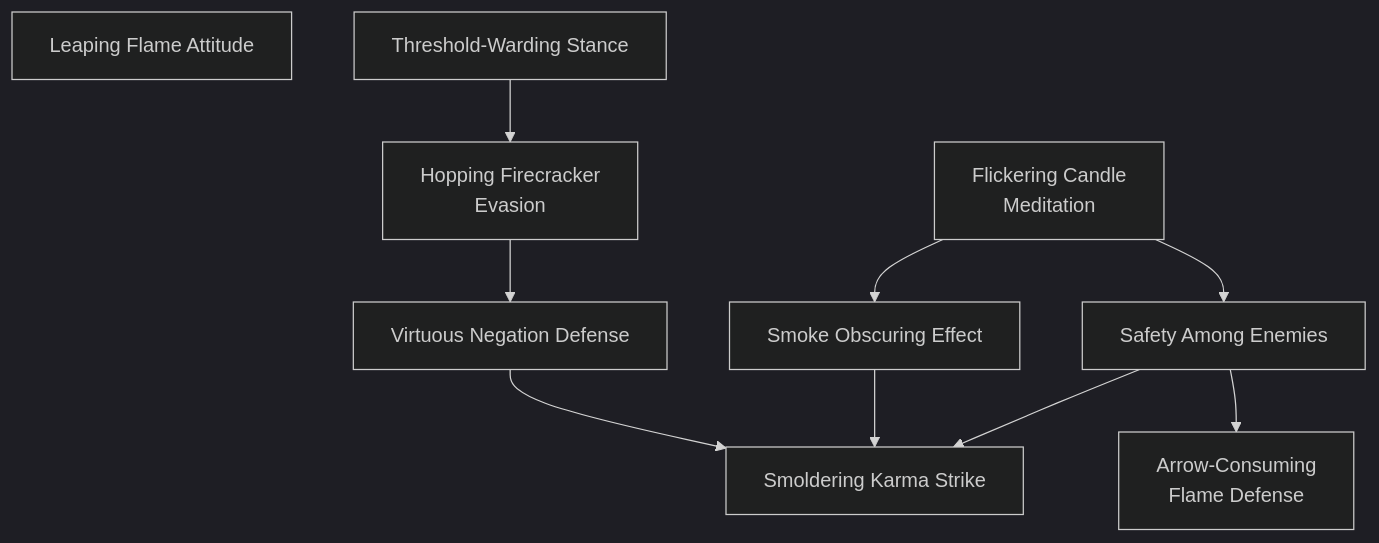
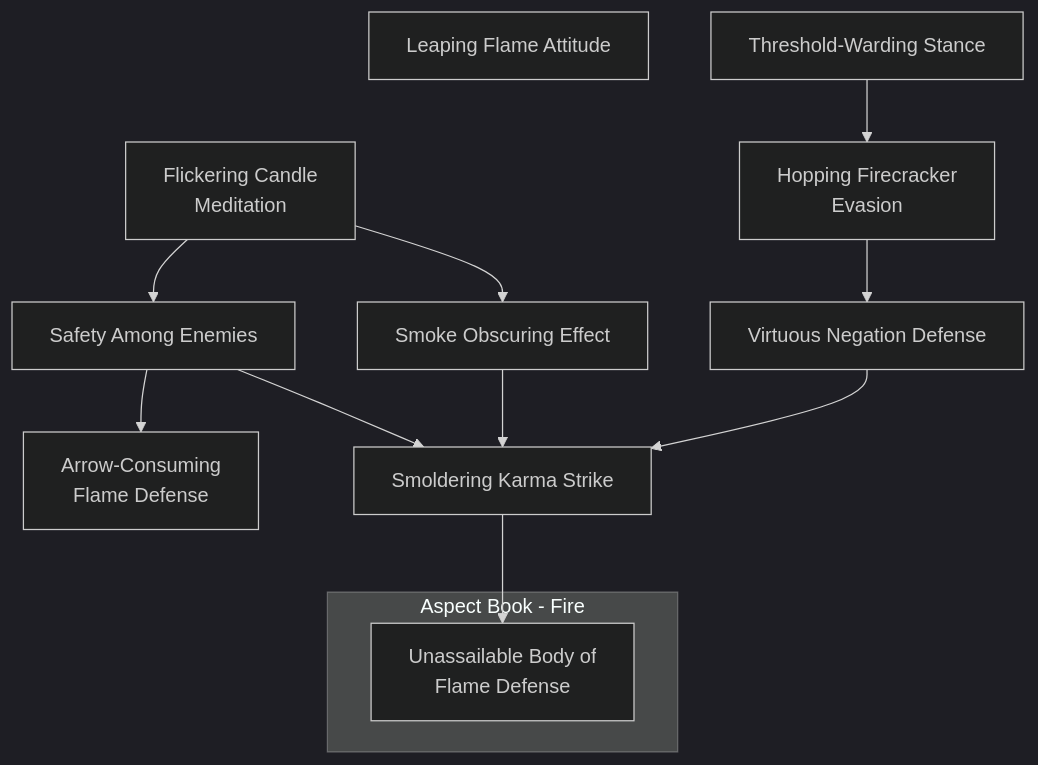
Before and after one commit to jrobichaud/exalted-charms-1e: the diagram in docs/mermaid/dragon_blooded/fire_dodge_2.mmd, drawn with Mermaid. The commit also changed 5 other files, not shown here.

Commit message:
Aspect book Fire

```diff
--- a/docs/mermaid/dragon_blooded/fire_dodge_2.mmd
+++ b/docs/mermaid/dragon_blooded/fire_dodge_2.mmd
@@ -257,3 +257,32 @@
         full dice pool. This Charm cannot be used to respond to a
         counterattack launched with this or any other Charm.
         "
+
+subgraph Aspect Book - Fire
+    unassailable_body_of_flame_defense[Unassailable Body of<br>Flame Defense]
+    click unassailable_body_of_flame_defense callback "
+        Unassailable Body of Flame Defense<br>
+        <br>
+        Cost: 4 motes and 1 Willpower<br>
+        Duration: Instant<br>
+        Type: Reflexive<br>
+        Minimum Dodge: 5<br>
+        Minimum Essence: 4<br>
+        Prerequisite Charms: Smoldering Karma Strike<br>
+        <br>
+        Perhaps the most difficult of all the Dodge Charms
+        known to the Dragon-Blooded, Unassailable Body of Flame
+        Defense momentarily turns the character's body into pure
+        flame where an enemy's weapon touches it, generally
+        allowing the weapon to pass harmlessly through the
+        character's body. The Fire Aspect must have his fiery
+        elemental anima ignited in order to use this Charm. Only
+        then can he become sufficiently attuned to the element of
+        fire that he can transform his own body into insubstantial
+        flames. In any turn in which the character has used this
+        Charm, he can dodge all physical attacks with his full
+        Dexterity + Dodge dice pool.
+        "
+end
+
+smoldering_karma_strike --> unassailable_body_of_flame_defense
```
